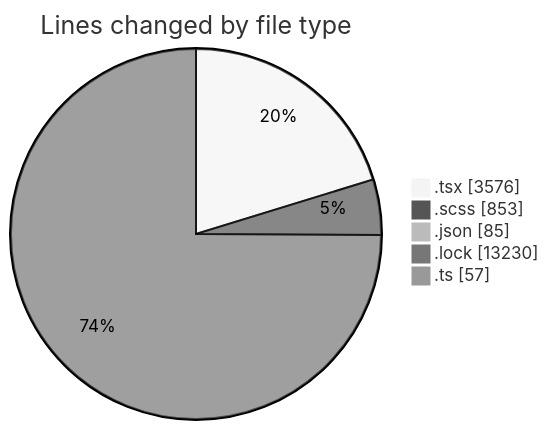
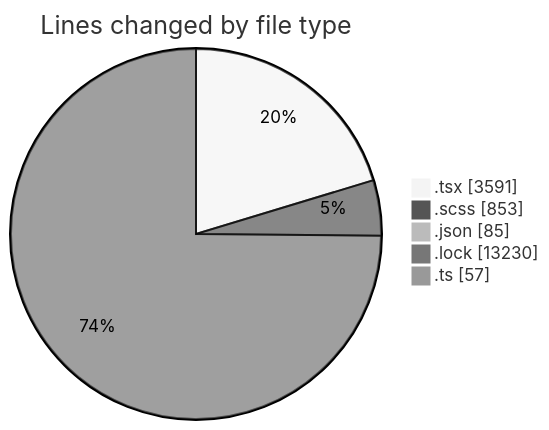
Before and after one commit to momahboobian/code-tracking: the first of 2 diagrams in 2025-10-03/cda/README.md, drawn with Mermaid (neutral theme). The commit also changed other lines of this file and 1 other file, not shown here.

````diff
--- a/2025-10-03/cda/README.md
+++ b/2025-10-03/cda/README.md
@@ -30,9 +30,9 @@
 ```mermaid
 pie showData
 title Lines changed by file type
-".tsx" : 3576
+".tsx" : 3591
 ".scss" : 853
 ".json" : 85
 ".lock" : 13230
 ".ts" : 57
 ```
````
